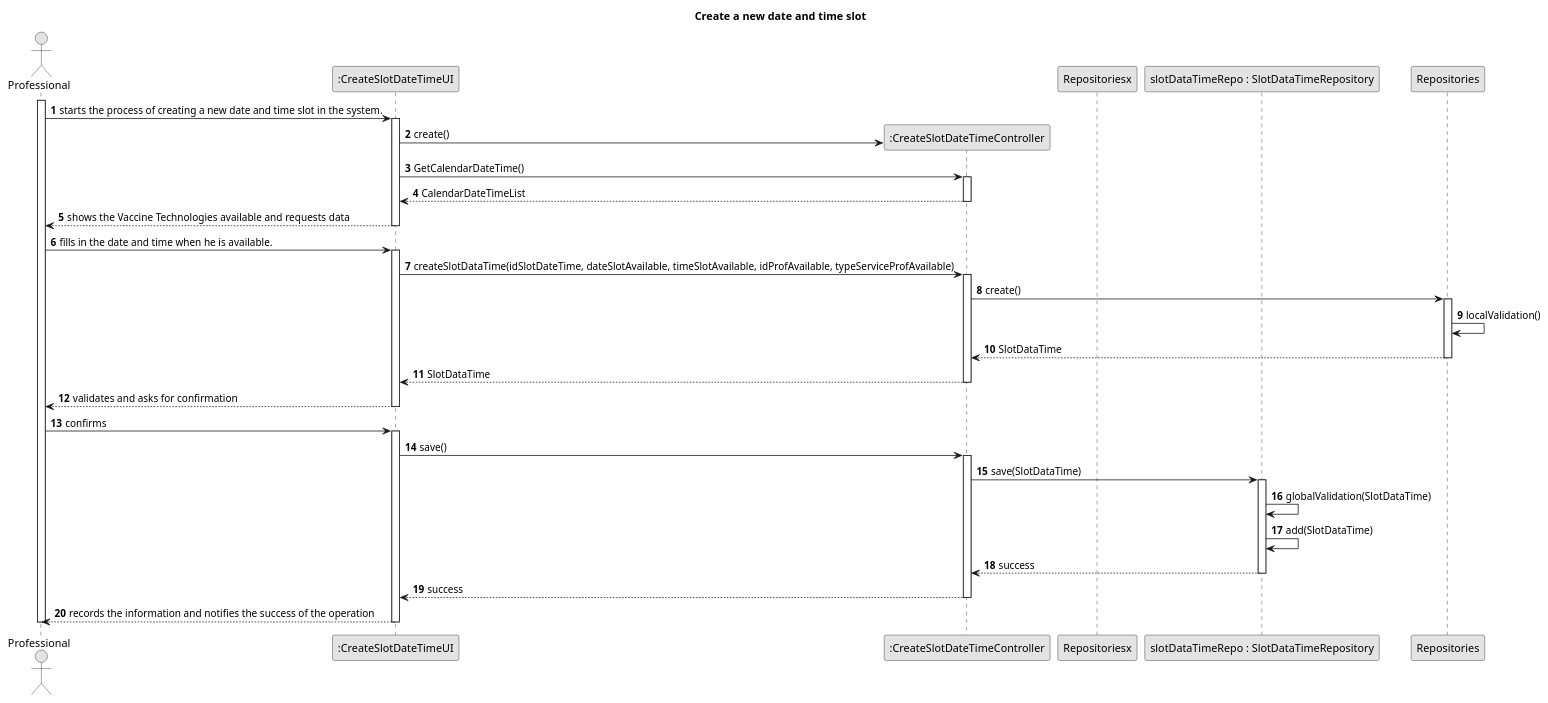
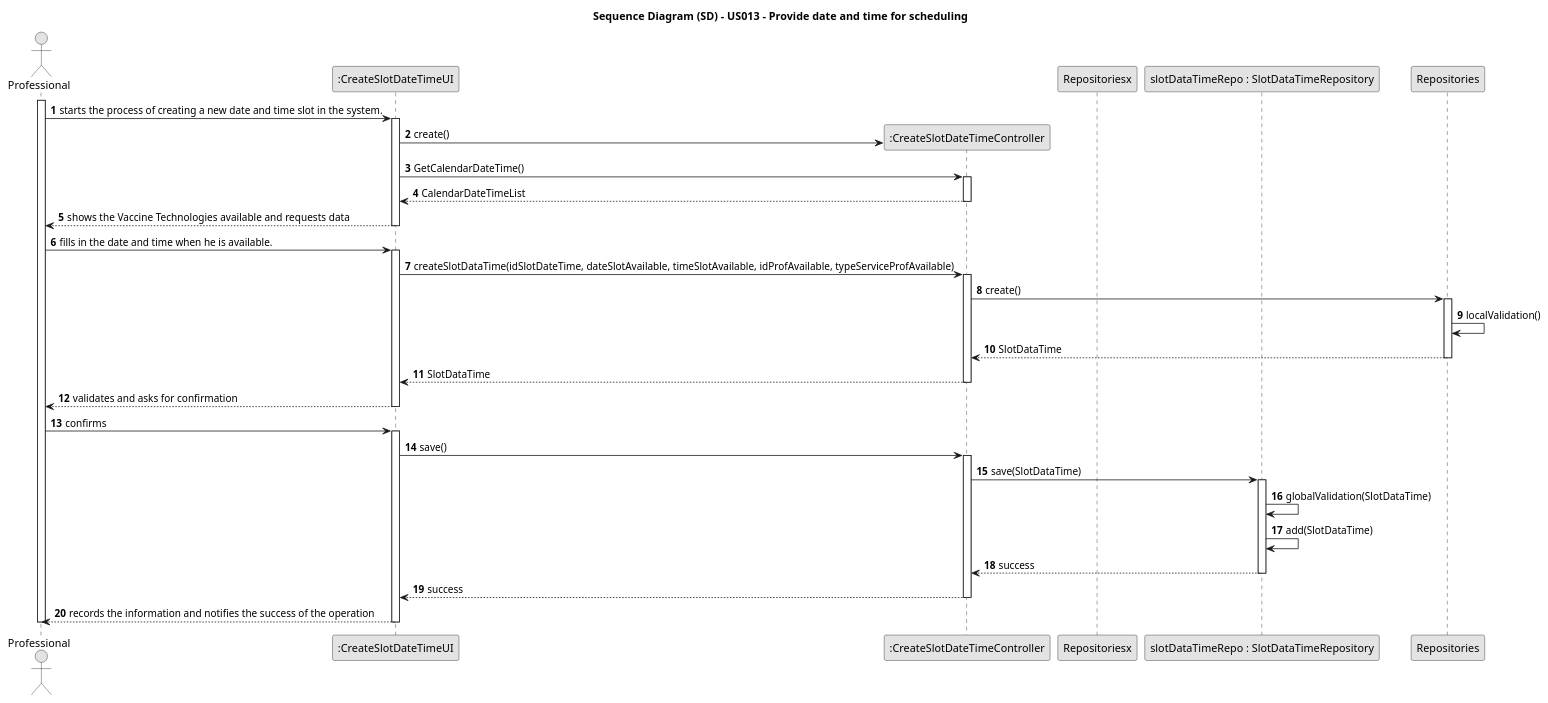
The diagram in javaSprint2GladlyGiven/Docs/UseCases/uc013/us013-SD.puml (tbarracha/Upskill-Sprint-2-Gladly-Given), drawn with PlantUML before and after one commit. The commit also changed 11 other files, not shown here.

```diff
--- a/javaSprint2GladlyGiven/Docs/UseCases/uc013/us013-SD.puml
+++ b/javaSprint2GladlyGiven/Docs/UseCases/uc013/us013-SD.puml
@@ -1,59 +1,60 @@
 @startuml
 skinparam monochrome true
 skinparam packageStyle rectangle
 skinparam shadowing false
 
-title Create a new date and time slot
+title Sequence Diagram (SD) - US013 - Provide date and time for scheduling
+
 
 autonumber
 
 actor Professional
 participant ":CreateSlotDateTimeUI" as ui
 participant ":CreateSlotDateTimeController" as ctrl
 participant Repositoriesx
 participant "slotDataTimeRepo : SlotDataTimeRepository" as SlotDataTimeRepo
 
 
 activate Professional
 
     Professional -> ui : starts the process of creating a new date and time slot in the system.
     activate ui
         ui -> ctrl** : create()
         ui -> ctrl : GetCalendarDateTime()
         activate ctrl
                         ctrl --> ui : CalendarDateTimeList
             deactivate ctrl
             ui --> Professional : shows the Vaccine Technologies available and requests data
     deactivate ui
 
     Professional -> ui : fills in the date and time when he is available.
     activate ui
         ui -> ctrl : createSlotDataTime(idSlotDateTime, dateSlotAvailable, timeSlotAvailable, idProfAvailable, typeServiceProfAvailable)
         activate ctrl
             ctrl -> Repositories : create()
             activate Repositories
                 Repositories -> Repositories : localValidation()
                 Repositories --> ctrl : SlotDataTime
             deactivate Repositories
             ctrl --> ui : SlotDataTime
         deactivate ctrl
         ui --> Professional : validates and asks for confirmation
     deactivate ui
 
     Professional -> ui : confirms
     activate ui
         ui -> ctrl : save()
         activate ctrl
             ctrl -> SlotDataTimeRepo : save(SlotDataTime)
             activate SlotDataTimeRepo
                 SlotDataTimeRepo -> SlotDataTimeRepo : globalValidation(SlotDataTime)
                 SlotDataTimeRepo -> SlotDataTimeRepo : add(SlotDataTime)
                 SlotDataTimeRepo --> ctrl : success
             deactivate SlotDataTimeRepo
             ctrl --> ui : success
         deactivate ctrl
         ui --> Professional : records the information and notifies the success of the operation
     deactivate ui
 deactivate Professional
 
 @enduml
```
